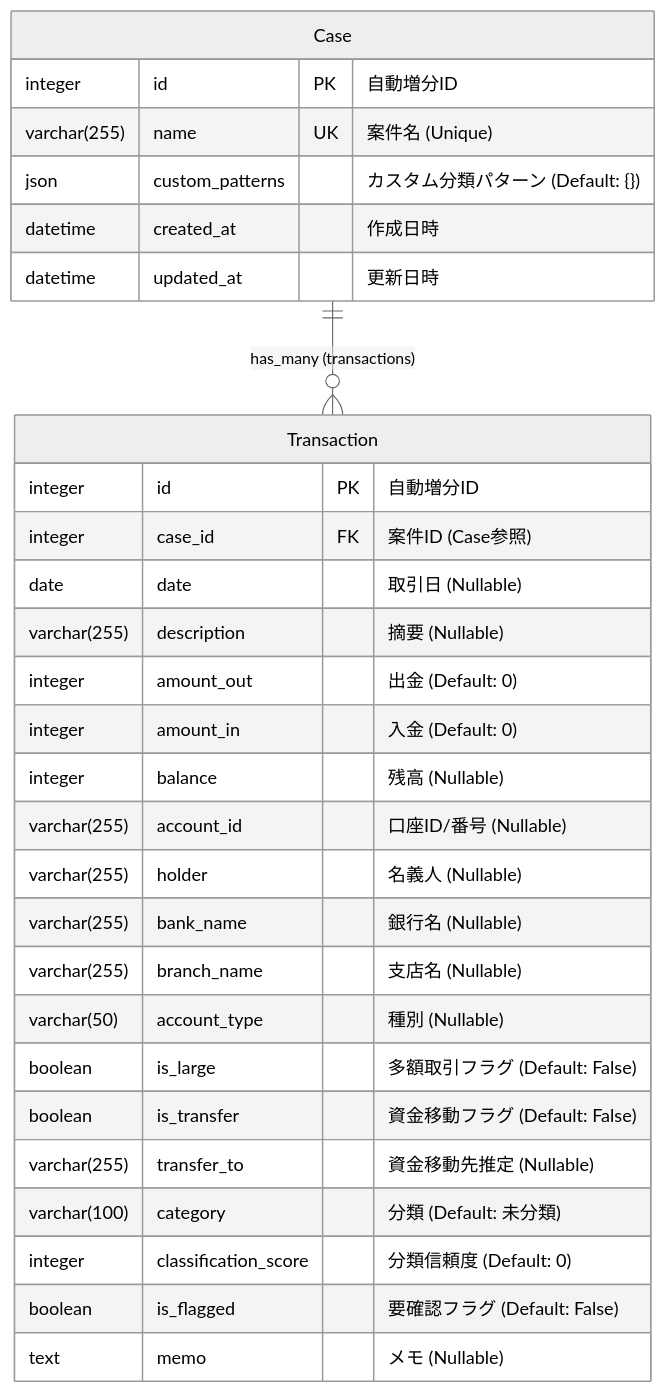
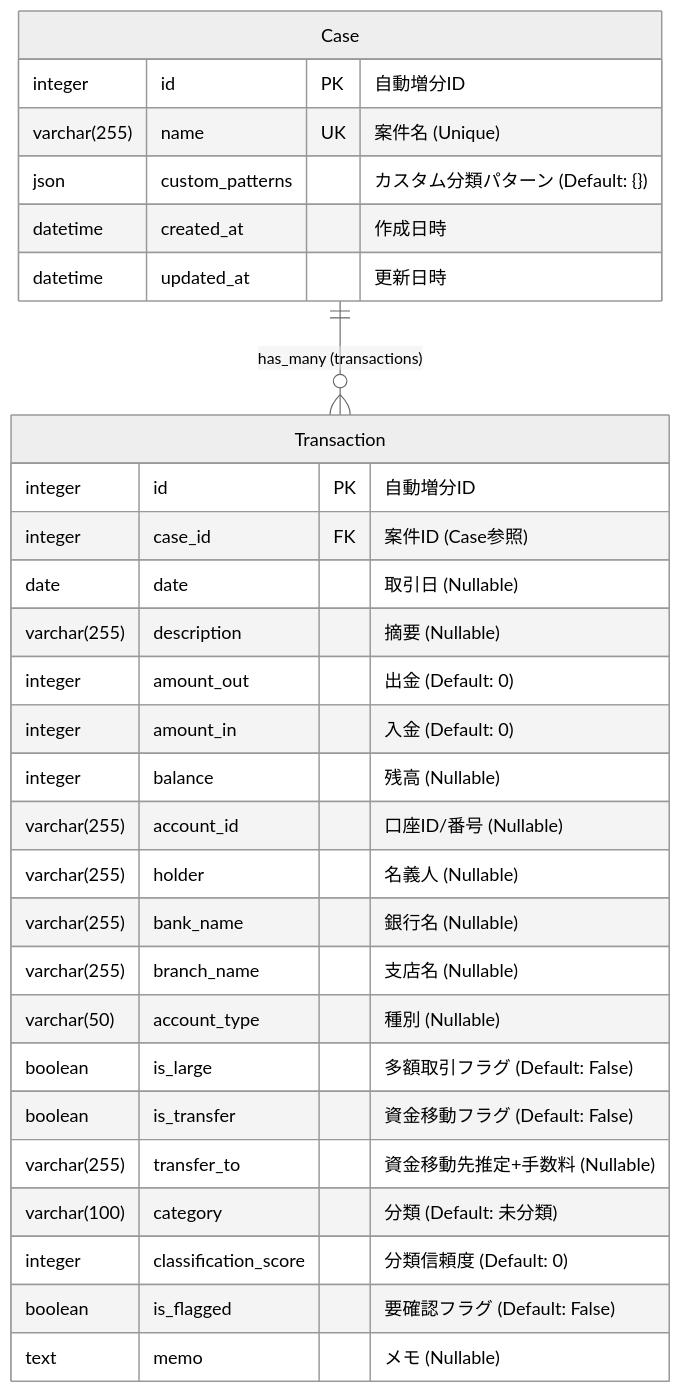
Before and after one commit to kojima1978/tax_apps: the diagram in apps/bank-analyzer-django/ER_DIAGRAM.md, drawn with Mermaid (neutral theme). The commit also changed other lines of this file and 11 other files, not shown here.

````diff
--- a/apps/bank-analyzer-django/ER_DIAGRAM.md
+++ b/apps/bank-analyzer-django/ER_DIAGRAM.md
@@ -5,34 +5,34 @@
 ```mermaid
 erDiagram
     Case ||--o{ Transaction : "has_many (transactions)"
 
     Case {
         integer id PK "自動増分ID"
         varchar(255) name UK "案件名 (Unique)"
         json custom_patterns "カスタム分類パターン (Default: {})"
         datetime created_at "作成日時"
         datetime updated_at "更新日時"
     }
 
     Transaction {
         integer id PK "自動増分ID"
         integer case_id FK "案件ID (Case参照)"
         date date "取引日 (Nullable)"
         varchar(255) description "摘要 (Nullable)"
         integer amount_out "出金 (Default: 0)"
         integer amount_in "入金 (Default: 0)"
         integer balance "残高 (Nullable)"
         varchar(255) account_id "口座ID/番号 (Nullable)"
         varchar(255) holder "名義人 (Nullable)"
         varchar(255) bank_name "銀行名 (Nullable)"
         varchar(255) branch_name "支店名 (Nullable)"
         varchar(50) account_type "種別 (Nullable)"
         boolean is_large "多額取引フラグ (Default: False)"
         boolean is_transfer "資金移動フラグ (Default: False)"
-        varchar(255) transfer_to "資金移動先推定 (Nullable)"
+        varchar(255) transfer_to "資金移動先推定+手数料 (Nullable)"
         varchar(100) category "分類 (Default: 未分類)"
         integer classification_score "分類信頼度 (Default: 0)"
         boolean is_flagged "要確認フラグ (Default: False)"
         text memo "メモ (Nullable)"
     }
 ```
````
